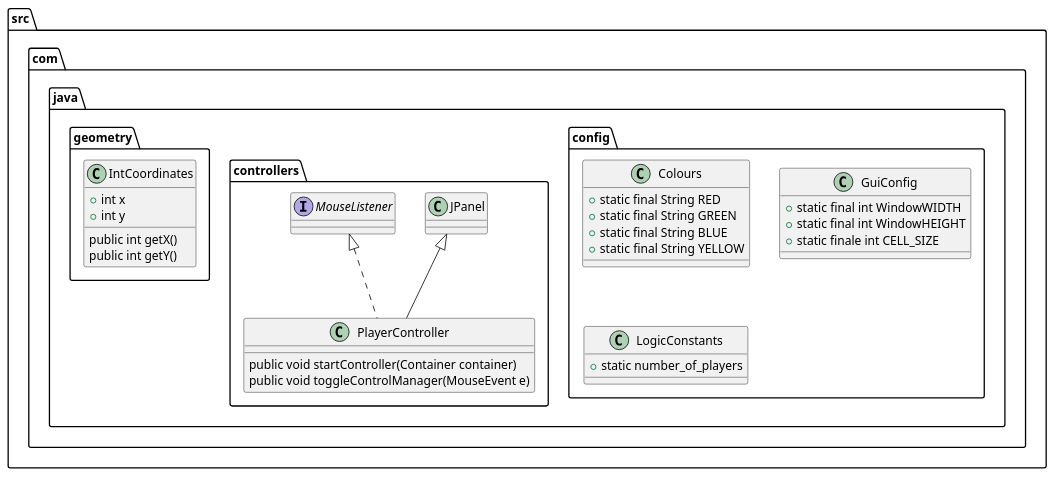
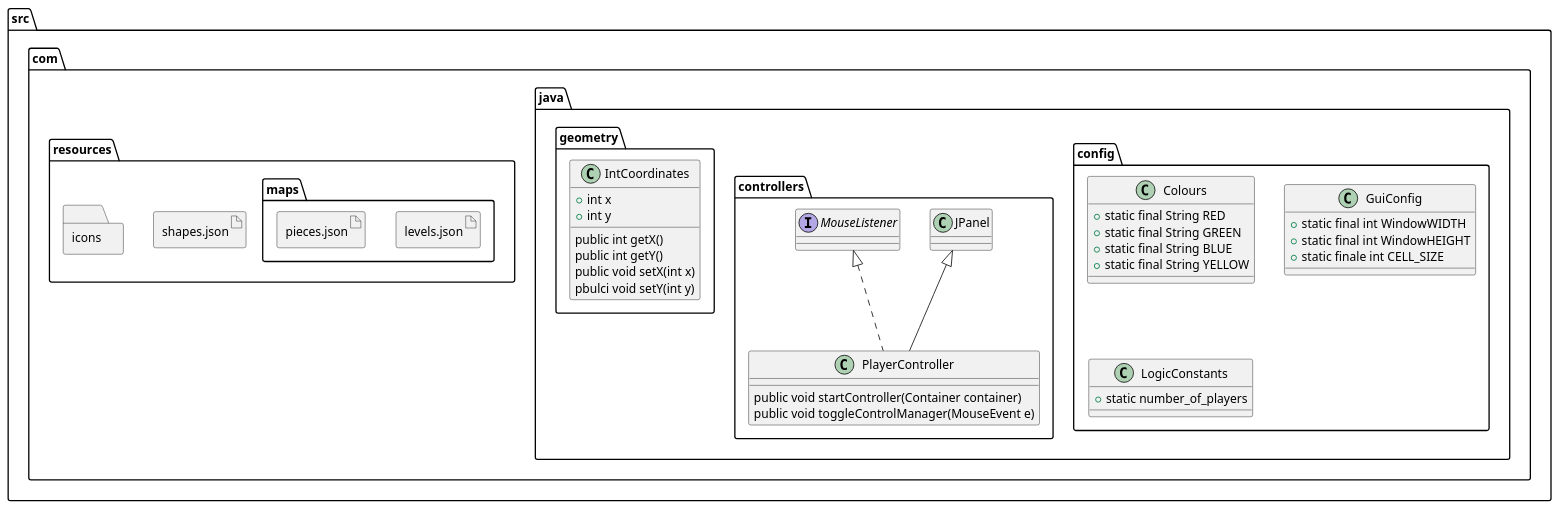
One commit to Gorfs/PieceOut changed the diagram in UMLDiagram/diagram.puml. Above: the diagram before and after it, drawn with PlantUML.

Commit message:
added UML for resources

```diff
--- a/UMLDiagram/diagram.puml
+++ b/UMLDiagram/diagram.puml
@@ -1,38 +1,53 @@
 @startuml
+allowmixing
 package src.com.java.config{
 
     class Colours{
         + static final String RED
         + static final String GREEN
         + static final String BLUE
         + static final String YELLOW 
         }
 
     class GuiConfig{
         + static final int WindowWIDTH
         + static final int WindowHEIGHT
         + static finale int CELL_SIZE
     }
     class LogicConstants{
         + static number_of_players
     }
 }
 
 package src.com.java.controllers{
     class PlayerController extends JPanel implements MouseListener{
         public void startController(Container container)
         public void toggleControlManager(MouseEvent e)
 
     }
 }
 package src.com.java.geometry{
     class IntCoordinates{
         + int x
         + int y
         public int getX()
         public int getY()
-        
+        public void setX(int x)
+        pbulci void setY(int y)
+
     }
+}
+package src.com.resources{
+    folder "icons"{
+
+    }
+    folder "maps"{
+
+    artifact "levels<U+002E>json" as  v1
+    artifact "pieces<U+002E>json" as  v2
+    }
+    artifact "shapes<U+002E>json" as validation
+
 }
 
 @enduml
```
